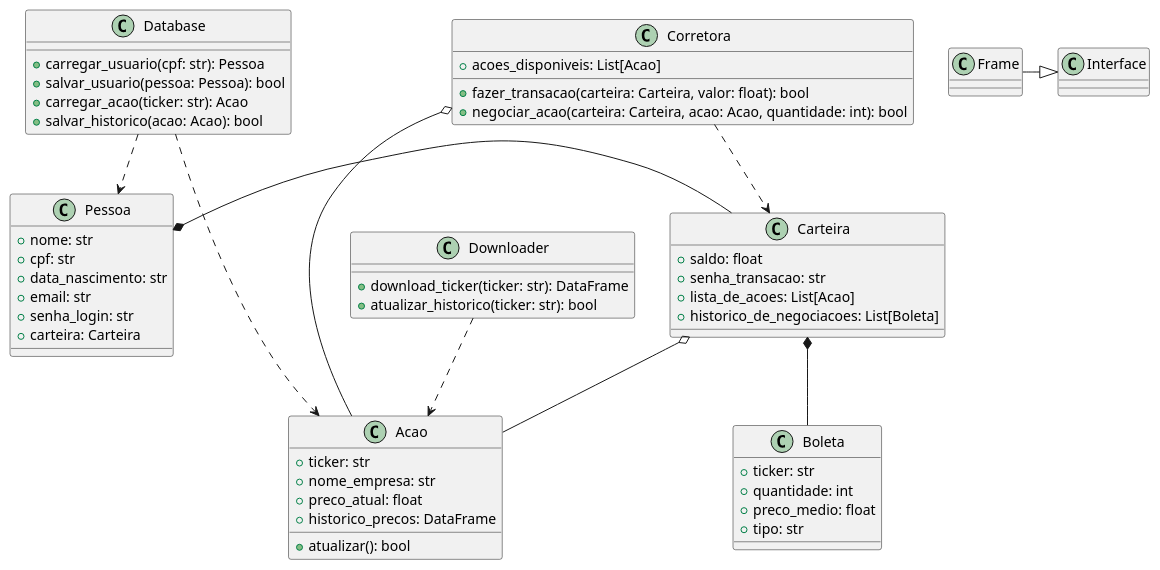
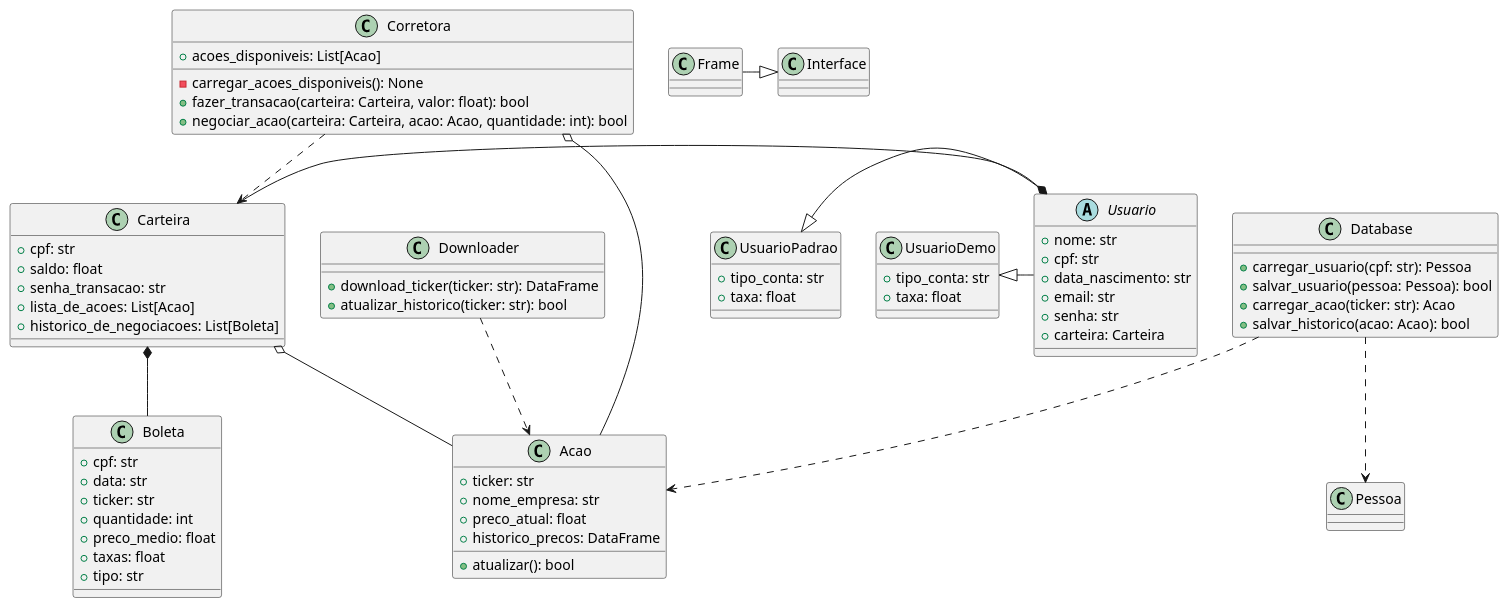
The diagram in architecture.puml (LucasRocha-Png/Capital_Inicial), drawn with PlantUML before and after one commit. The commit also changed 20 other files, not shown here.

```diff
--- a/architecture.puml
+++ b/architecture.puml
@@ -1,69 +1,87 @@
 @startuml Architecture
 
-class Pessoa {
+abstract Usuario {
   + nome: str
   + cpf: str
   + data_nascimento: str
   + email: str
-  + senha_login: str
+  + senha: str
   + carteira: Carteira
 }
 
+class UsuarioPadrao {
+  + tipo_conta: str
+  + taxa: float
+}
+
+class UsuarioDemo {
+  + tipo_conta: str
+  + taxa: float
+}
+
 class Carteira {
+  + cpf: str
   + saldo: float 
   + senha_transacao: str
   + lista_de_acoes: List[Acao]
   + historico_de_negociacoes: List[Boleta] 
 }
 
 class Corretora {
   + acoes_disponiveis: List[Acao]
+  - carregar_acoes_disponiveis(): None
   + fazer_transacao(carteira: Carteira, valor: float): bool 
   + negociar_acao(carteira: Carteira, acao: Acao, quantidade: int): bool
 }
 
 class Boleta {
+  + cpf: str
+  + data: str
   + ticker: str
   + quantidade: int
   + preco_medio: float 
+  + taxas: float
   + tipo: str
 }
 
 class Acao {
   + ticker: str
   + nome_empresa: str
   + preco_atual: float
   + historico_precos: DataFrame
   + atualizar(): bool
 }
 
 class Downloader {
   + download_ticker(ticker: str): DataFrame
   + atualizar_historico(ticker: str): bool
 }
 
 class Database {
   + carregar_usuario(cpf: str): Pessoa
   + salvar_usuario(pessoa: Pessoa): bool
   + carregar_acao(ticker: str): Acao
   + salvar_historico(acao: Acao): bool
 }
 
 class Interface {
 
 }
 
 class Frame {
 }
 
-Pessoa *- Carteira
+Usuario *- Carteira
+UsuarioPadrao <|- Usuario 
+UsuarioDemo <|- Usuario
+
 Carteira *-- Boleta
 Carteira o-- Acao
 Corretora o-- Acao
 Corretora ..> Carteira
 Downloader ..> Acao
 Database ..> Pessoa
 Database ..> Acao
 Frame -|> Interface
 
 @enduml
```
